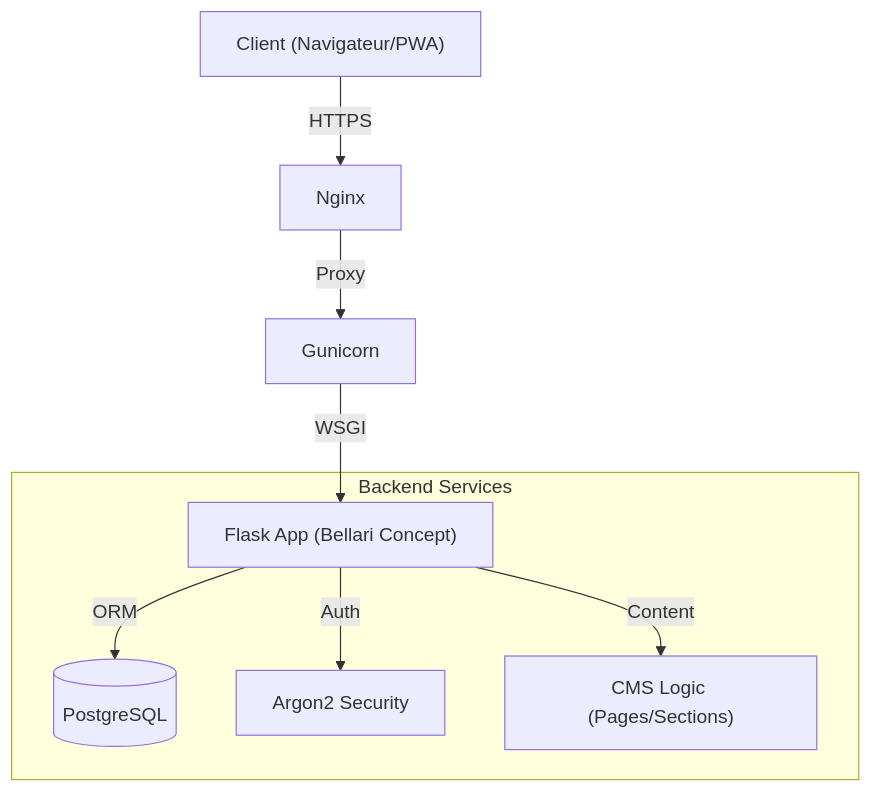
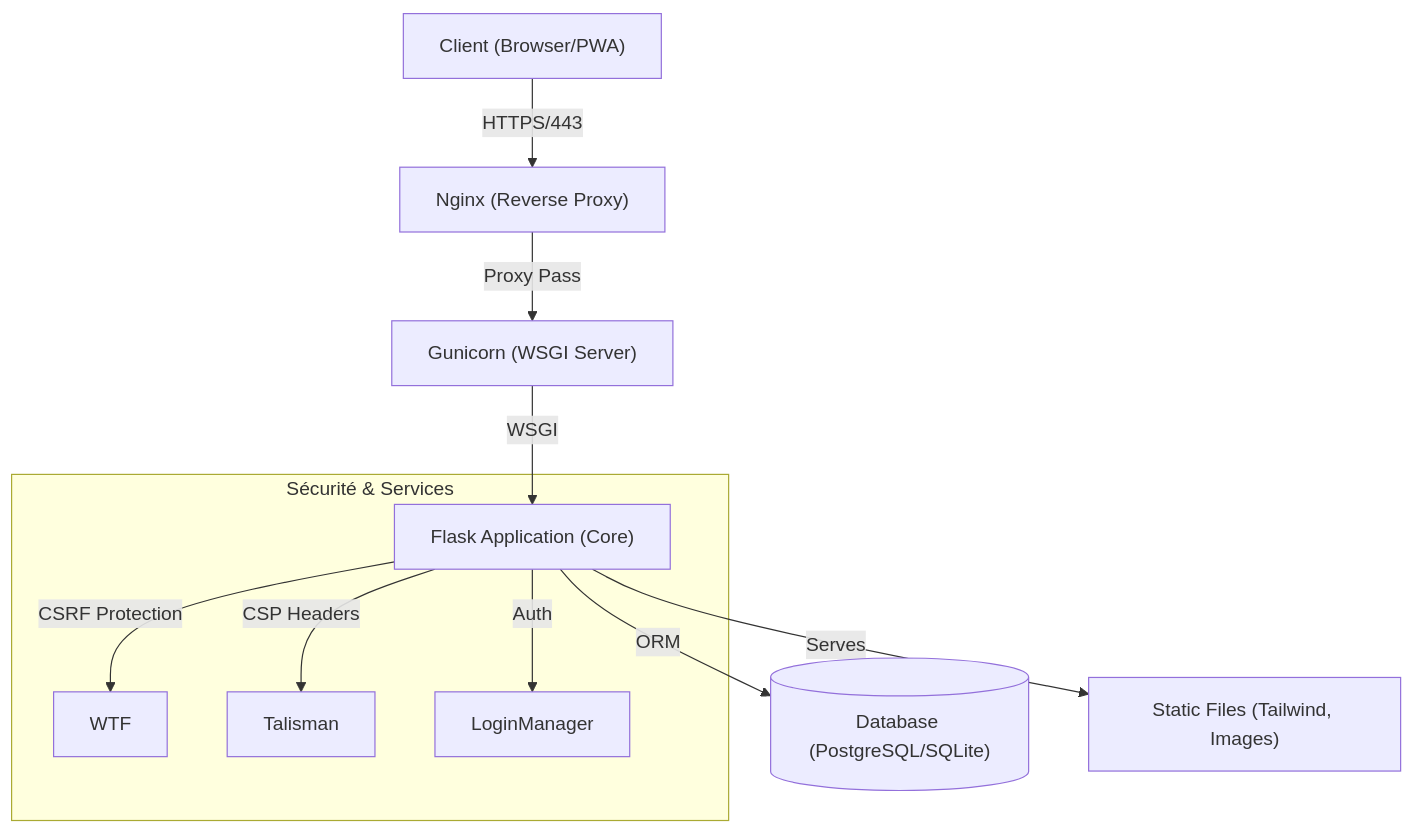
The diagram in README.md (moa-digitalagency/BellariConcept), drawn with Mermaid before and after one commit. The commit also changed other lines of this file and 17 other files, not shown here.

First line of the commit message:
docs: implement strict proprietary documentation suite (Bellari Concept)

````diff
--- a/README.md
+++ b/README.md
@@ -23,12 +29,21 @@
 ```mermaid
 graph TD
-    Client["Client (Navigateur/PWA)"] -->|HTTPS| Nginx["Nginx"]
-    Nginx -->|Proxy| Gunicorn["Gunicorn"]
-    Gunicorn -->|WSGI| App["Flask App (Bellari Concept)"]
+    Client["Client (Browser/PWA)"]
+    Nginx["Nginx (Reverse Proxy)"]
+    Gunicorn["Gunicorn (WSGI Server)"]
+    Flask["Flask Application (Core)"]
+    DB[("Database (PostgreSQL/SQLite)")]
+    Static["Static Files (Tailwind, Images)"]
 
-    subgraph "Backend Services"
-        App -->|ORM| DB[("PostgreSQL")]
-        App -->|Auth| Security["Argon2 Security"]
-        App -->|Content| CMS["CMS Logic (Pages/Sections)"]
+    Client -->|HTTPS/443| Nginx
+    Nginx -->|Proxy Pass| Gunicorn
+    Gunicorn -->|WSGI| Flask
+    Flask -->|ORM| DB
+    Flask -->|Serves| Static
+
+    subgraph "Sécurité & Services"
+        Flask -->|CSRF Protection| WTF
+        Flask -->|CSP Headers| Talisman
+        Flask -->|Auth| LoginManager
     end
 ```
````
